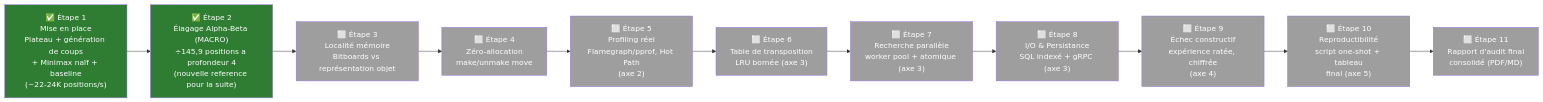
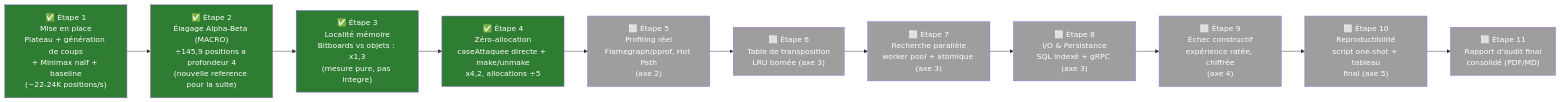
Before and after one commit to YoussefGoat123/FILROUGE: the diagram in choix-sujet.md, drawn with Mermaid. The commit also changed other lines of this file and 18 other files, not shown here.

````diff
--- a/choix-sujet.md
+++ b/choix-sujet.md
@@ -81,25 +81,25 @@
 ```mermaid
 flowchart LR
     A["✅ Étape 1\nMise en place\nPlateau + génération de coups\n+ Minimax naïf + baseline\n(~22-24K positions/s)"] --> E["✅ Étape 2\nÉlagage Alpha-Beta (MACRO)\n÷145,9 positions a profondeur 4\n(nouvelle reference pour la suite)"]
-    E --> B["⬜ Étape 3\nLocalité mémoire\nBitboards vs représentation objet"]
-    B --> C["⬜ Étape 4\nZéro-allocation\nmake/unmake move"]
+    E --> B["✅ Étape 3\nLocalité mémoire\nBitboards vs objets : x1,3\n(mesure pure, pas integre)"]
+    B --> C["✅ Étape 4\nZéro-allocation\ncaseAttaquee directe + make/unmake\nx4,2, allocations ÷5"]
     C --> D["⬜ Étape 5\nProfiling réel\nFlamegraph/pprof, Hot Path\n(axe 2)"]
     D --> F["⬜ Étape 6\nTable de transposition\nLRU bornée (axe 3)"]
     F --> G["⬜ Étape 7\nRecherche parallèle\nworker pool + atomique (axe 3)"]
     G --> H["⬜ Étape 8\nI/O & Persistance\nSQL indexé + gRPC (axe 3)"]
     H --> I["⬜ Étape 9\nÉchec constructif\nexpérience ratée, chiffrée\n(axe 4)"]
     I --> J["⬜ Étape 10\nReproductibilité\nscript one-shot + tableau\nfinal (axe 5)"]
     J --> K["⬜ Étape 11\nRapport d'audit final\nconsolidé (PDF/MD)"]
 
     style A fill:#2e7d32,color:#fff
     style E fill:#2e7d32,color:#fff
-    style B fill:#9e9e9e,color:#fff
-    style C fill:#9e9e9e,color:#fff
+    style B fill:#2e7d32,color:#fff
+    style C fill:#2e7d32,color:#fff
     style D fill:#9e9e9e,color:#fff
     style F fill:#9e9e9e,color:#fff
     style G fill:#9e9e9e,color:#fff
     style H fill:#9e9e9e,color:#fff
     style I fill:#9e9e9e,color:#fff
     style J fill:#9e9e9e,color:#fff
     style K fill:#9e9e9e,color:#fff
 ```
````
